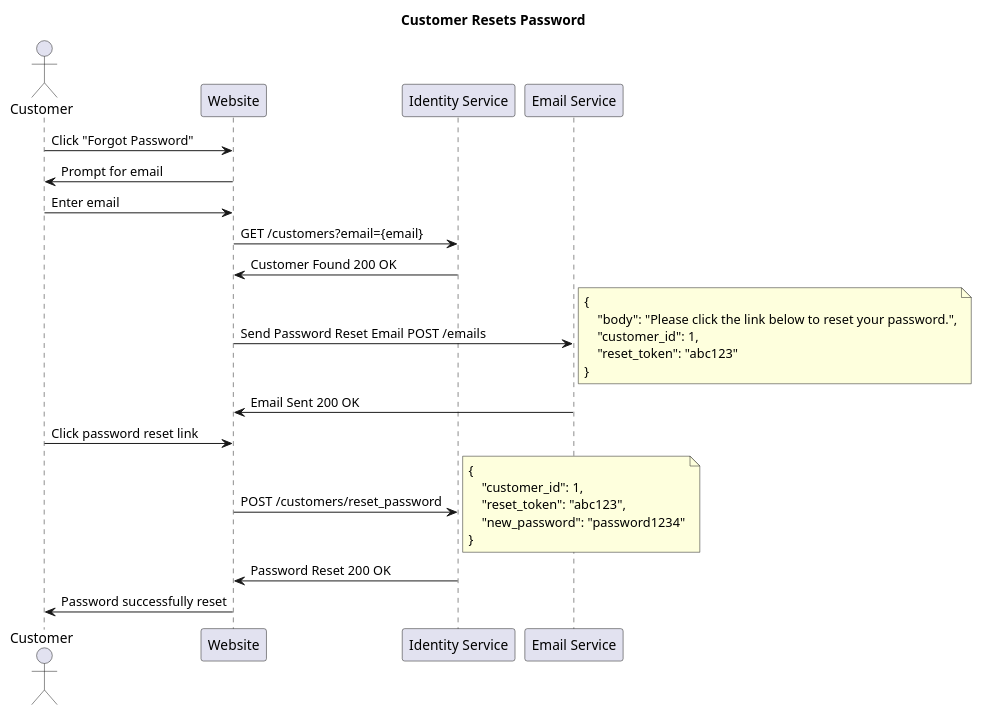
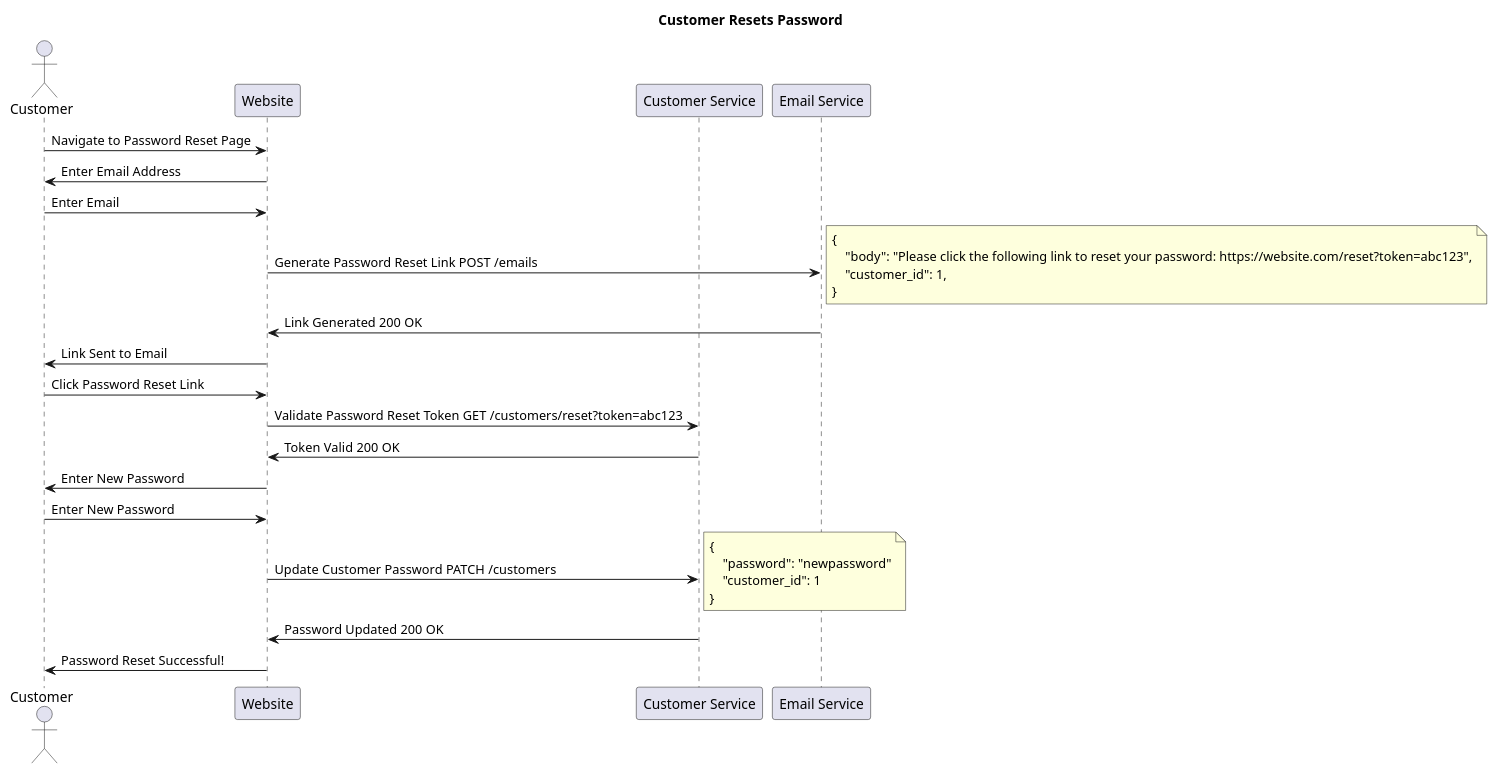
Before and after one commit to jjoneson/workforce-demo-scratch: the diagram in architecture/sequence-diagrams/Customer Resets Password.md, drawn with PlantUML.

Commit message:
Updated by Workflow

```diff
--- a/architecture/sequence-diagrams/Customer Resets Password.md
+++ b/architecture/sequence-diagrams/Customer Resets Password.md
@@ -2,34 +2,35 @@
 @startuml Customer Resets Password
 title Customer Resets Password
 actor Customer
 participant Website
-participant IdentityService as "Identity Service"
+participant CustomerService as "Customer Service"
 participant EmailService as "Email Service"
 
-Customer -> Website: Click "Forgot Password"
-Website -> Customer: Prompt for email
-Customer -> Website: Enter email
-Website -> IdentityService: GET /customers?email={email}
-IdentityService -> Website: Customer Found 200 OK
-Website -> EmailService: Send Password Reset Email POST /emails
+Customer -> Website: Navigate to Password Reset Page
+Website -> Customer: Enter Email Address
+Customer -> Website: Enter Email
+Website -> EmailService: Generate Password Reset Link POST /emails
 note right
 {
-    "body": "Please click the link below to reset your password.",
+    "body": "Please click the following link to reset your password: https://website.com/reset?token=abc123",
     "customer_id": 1,
-    "reset_token": "abc123" 
 }
 end note
-EmailService -> Website: Email Sent 200 OK
-Customer -> Website: Click password reset link
-Website -> IdentityService: POST /customers/reset_password
+EmailService -> Website: Link Generated 200 OK
+Website -> Customer: Link Sent to Email
+Customer -> Website: Click Password Reset Link
+Website -> CustomerService: Validate Password Reset Token GET /customers/reset?token=abc123
+CustomerService -> Website: Token Valid 200 OK
+Website -> Customer: Enter New Password
+Customer -> Website: Enter New Password
+Website -> CustomerService: Update Customer Password PATCH /customers
 note right 
 {
-    "customer_id": 1,
-    "reset_token": "abc123",
-    "new_password": "password1234"
+    "password": "newpassword"
+    "customer_id": 1
 }
 end note
-IdentityService -> Website: Password Reset 200 OK
-Website -> Customer: Password successfully reset
+CustomerService -> Website: Password Updated 200 OK
+Website -> Customer: Password Reset Successful!
 
 @enduml
```
